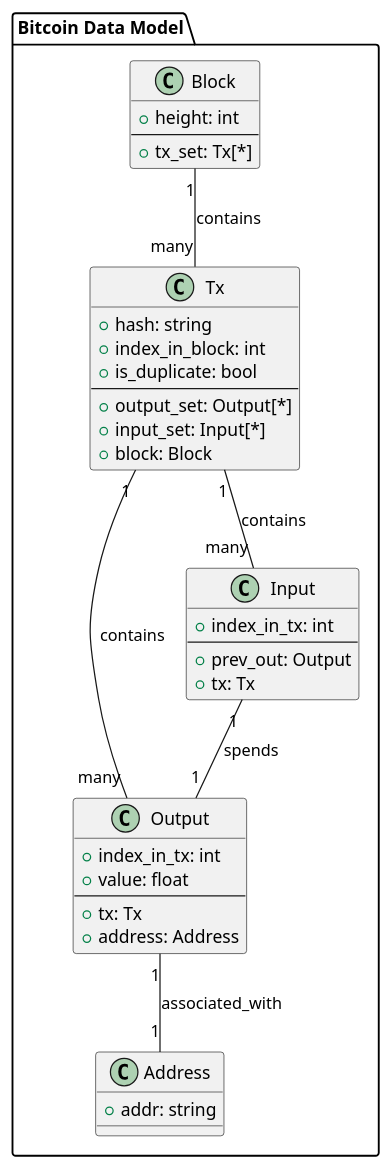
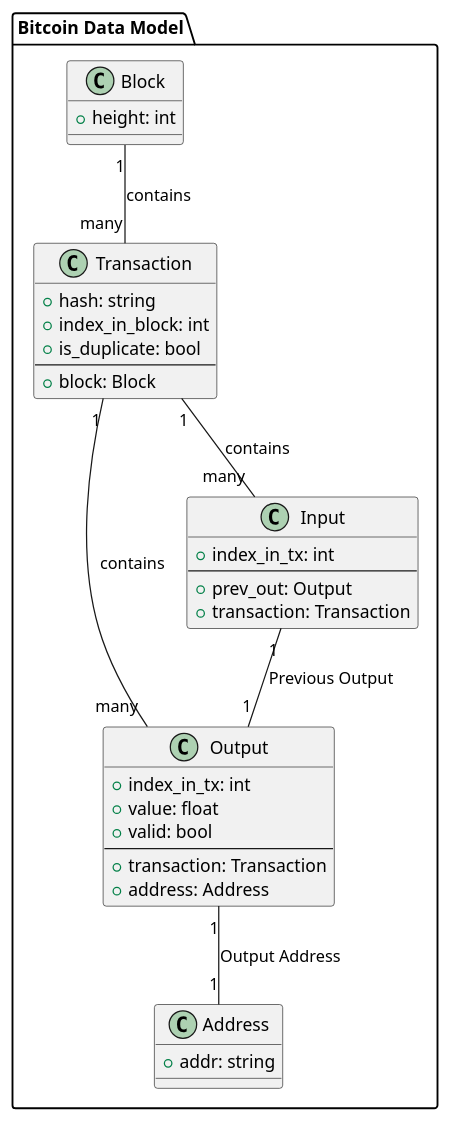
One commit to Enprogames/Bitcoin_JanusGraph changed the diagram in docs/diagrams/minimal_bitcoin_data_model.puml. Above: the diagram before and after it, drawn with PlantUML. The commit also changed 15 other files, not shown here.

```diff
--- a/docs/diagrams/minimal_bitcoin_data_model.puml
+++ b/docs/diagrams/minimal_bitcoin_data_model.puml
@@ -1,48 +1,45 @@
 @startuml
 
 package "Bitcoin Data Model" {
 
     class Block {
         + height: int
-        ---
-        + tx_set: Tx[*]
     }
 
-    class Tx {
+    class Transaction {
         + hash: string
         + index_in_block: int
         + is_duplicate: bool
         ---
-        + output_set: Output[*]
-        + input_set: Input[*]
         + block: Block
     }
 
     class Output {
         + index_in_tx: int
         + value: float
+        + valid: bool
         ---
-        + tx: Tx
+        + transaction: Transaction
         + address: Address
     }
 
     class Input {
         + index_in_tx: int
         ---
         + prev_out: Output
-        + tx: Tx
+        + transaction: Transaction
     }
 
     class Address {
         + addr: string
     }
 
-    Tx "1" -- "many" Output : contains
-    Tx "1" -- "many" Input : contains
-    Block "1" -- "many" Tx : contains
-    Output "1" -- "1" Address : associated_with
-    Input "1" -- "1" Output : spends
+    Transaction "1" -- "many" Output : contains
+    Transaction "1" -- "many" Input : contains
+    Block "1" -- "many" Transaction : contains
+    Output "1" -- "1" Address : Output Address
+    Input "1" -- "1" Output : Previous Output
 
 }
 
 @enduml
```
